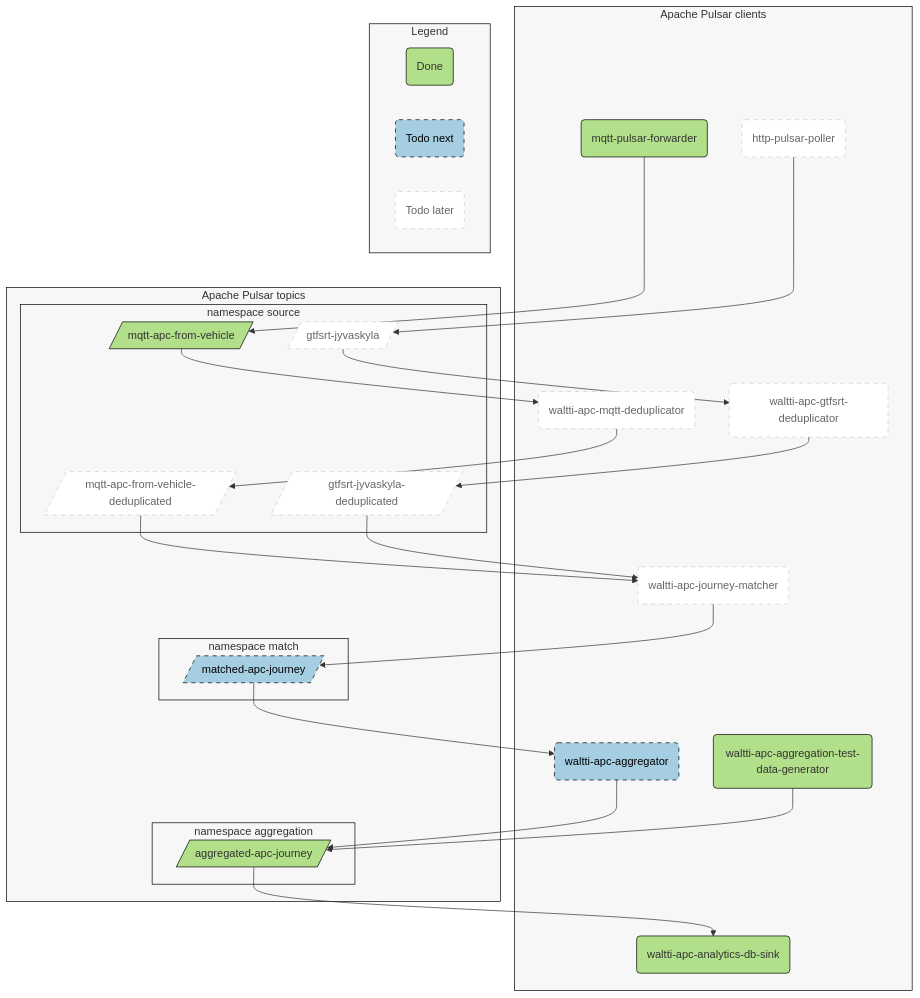
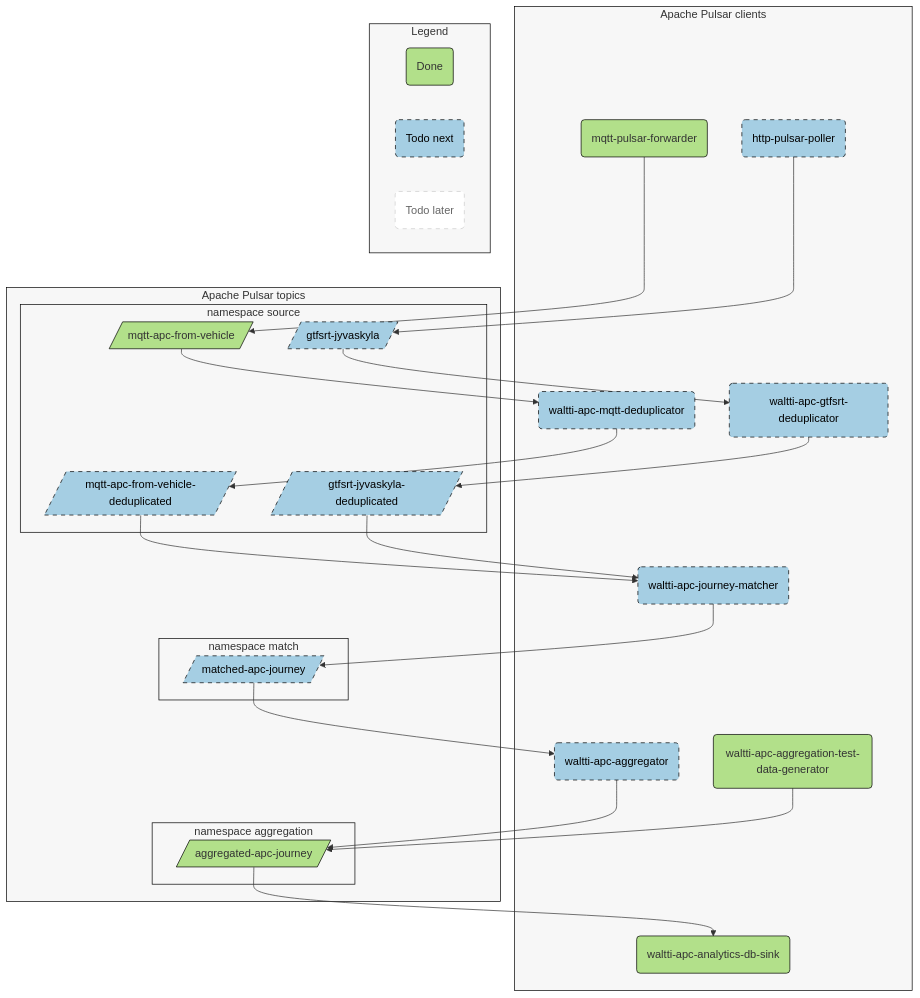
Before and after one commit to tvv-lippu-ja-maksujarjestelma-oy/waltti-apc: the second of 2 diagrams in README.md, drawn with Mermaid. The commit also changed other lines of this file, not shown here.

Commit message:
Update architecture diagrams for next sprint

```diff
--- a/README.md
+++ b/README.md
@@ -161,18 +161,18 @@
   class aggregated done
 
   classDef later fill:#fff,stroke:#ccc,stroke-width:1px,color:#666,stroke-dasharray: 6 6
-  class httppulsarpoller later
-  class mqttdeduplicator later
-  class gtfsrtdeduplicator later
-  class mqttdeduplicated later
-  class gtfsrtrawjyvaskyla later
-  class gtfsrtdedupjyvaskyla later
-  class matcher later
 
   classDef next fill:#a5cee3,stroke:#000,stroke-width:1px,color:#000,stroke-dasharray: 6 6
 
   class aggregator next
   class matchedapcjourney next
+  class httppulsarpoller next
+  class mqttdeduplicator next
+  class gtfsrtdeduplicator next
+  class mqttdeduplicated next
+  class gtfsrtrawjyvaskyla next
+  class gtfsrtdedupjyvaskyla next
+  class matcher next
 
   %% Legend
 
```
